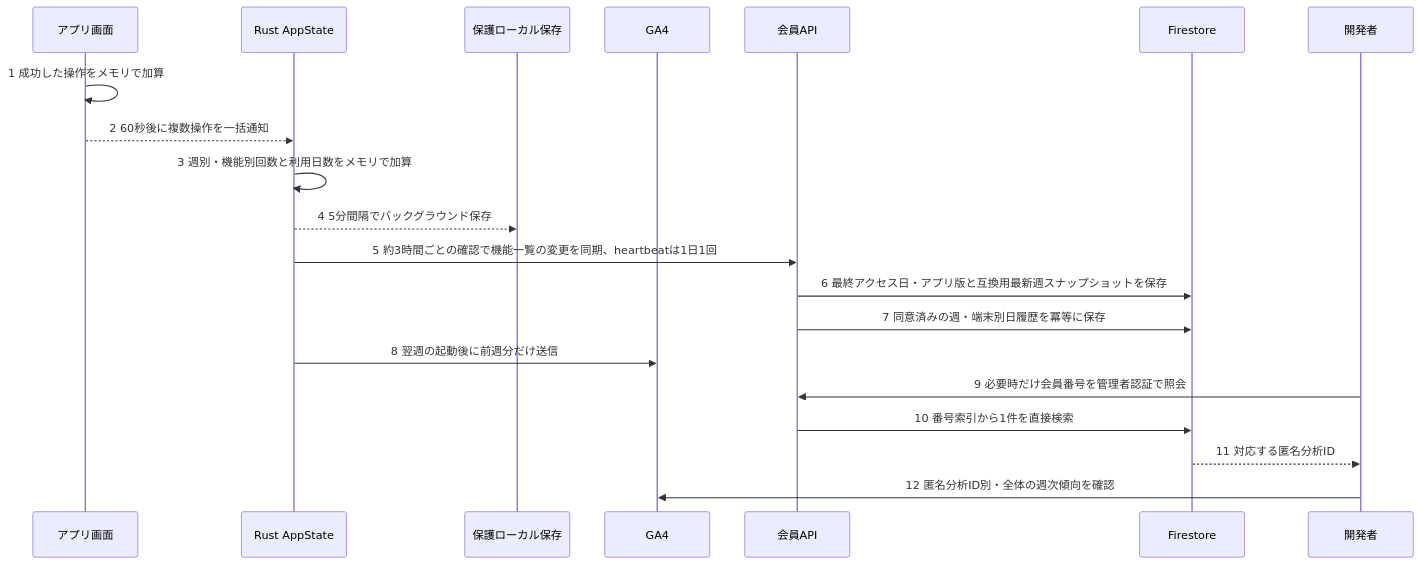
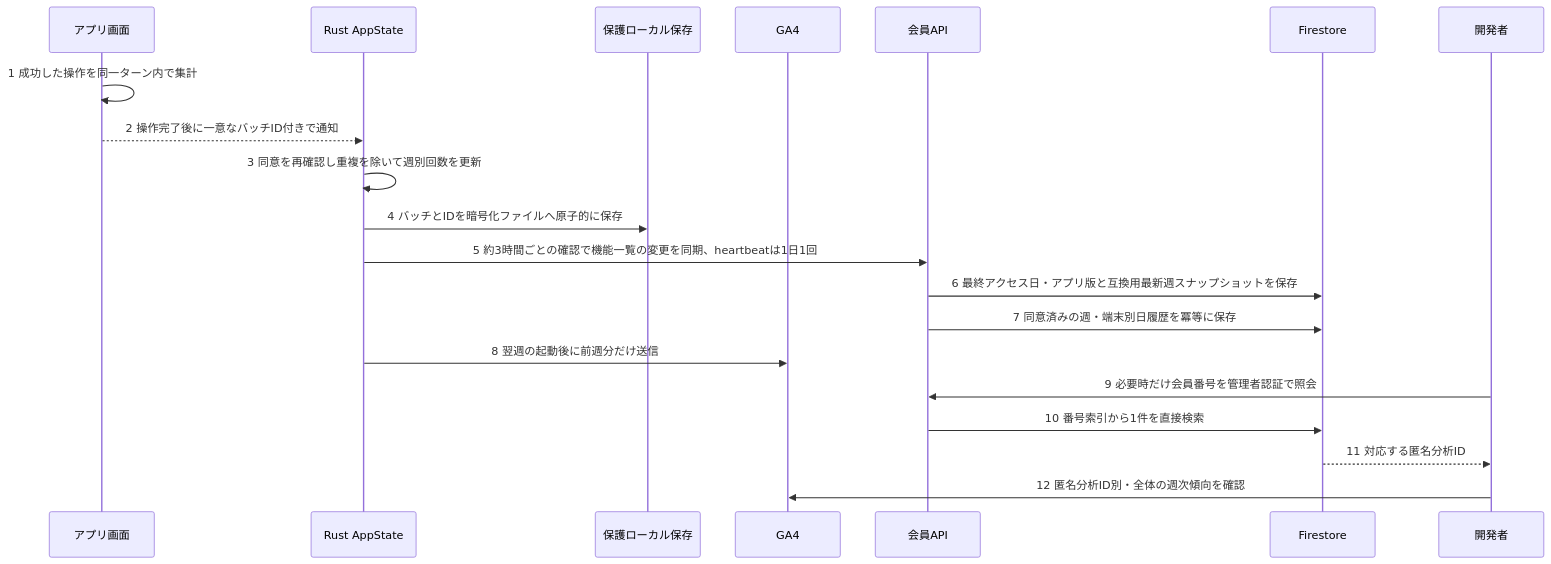
Before and after one commit to ore-no-fusen/ore-no-fusen: the third of 4 diagrams in docs-v2/009_MEMBERSHIP.md, drawn with Mermaid. The commit also changed other lines of this file and 6 other files, not shown here.

````diff
--- a/docs-v2/009_MEMBERSHIP.md
+++ b/docs-v2/009_MEMBERSHIP.md
@@ -85,22 +85,22 @@
 ```mermaid
 sequenceDiagram
     participant UI as アプリ画面
     participant Rust as Rust AppState
     participant Local as 保護ローカル保存
     participant GA as GA4
     participant API as 会員API
     participant DB as Firestore
     participant Owner as 開発者
-    UI->>UI: 1 成功した操作をメモリで加算
-    UI-->>Rust: 2 60秒後に複数操作を一括通知
-    Rust->>Rust: 3 週別・機能別回数と利用日数をメモリで加算
-    Rust-->>Local: 4 5分間隔でバックグラウンド保存
+    UI->>UI: 1 成功した操作を同一ターン内で集計
+    UI-->>Rust: 2 操作完了後に一意なバッチID付きで通知
+    Rust->>Rust: 3 同意を再確認し重複を除いて週別回数を更新
+    Rust->>Local: 4 バッチとIDを暗号化ファイルへ原子的に保存
     Rust->>API: 5 約3時間ごとの確認で機能一覧の変更を同期、heartbeatは1日1回
     API->>DB: 6 最終アクセス日・アプリ版と互換用最新週スナップショットを保存
     API->>DB: 7 同意済みの週・端末別日履歴を冪等に保存
     Rust->>GA: 8 翌週の起動後に前週分だけ送信
     Owner->>API: 9 必要時だけ会員番号を管理者認証で照会
     API->>DB: 10 番号索引から1件を直接検索
     DB-->>Owner: 11 対応する匿名分析ID
     Owner->>GA: 12 匿名分析ID別・全体の週次傾向を確認
 ```
````
